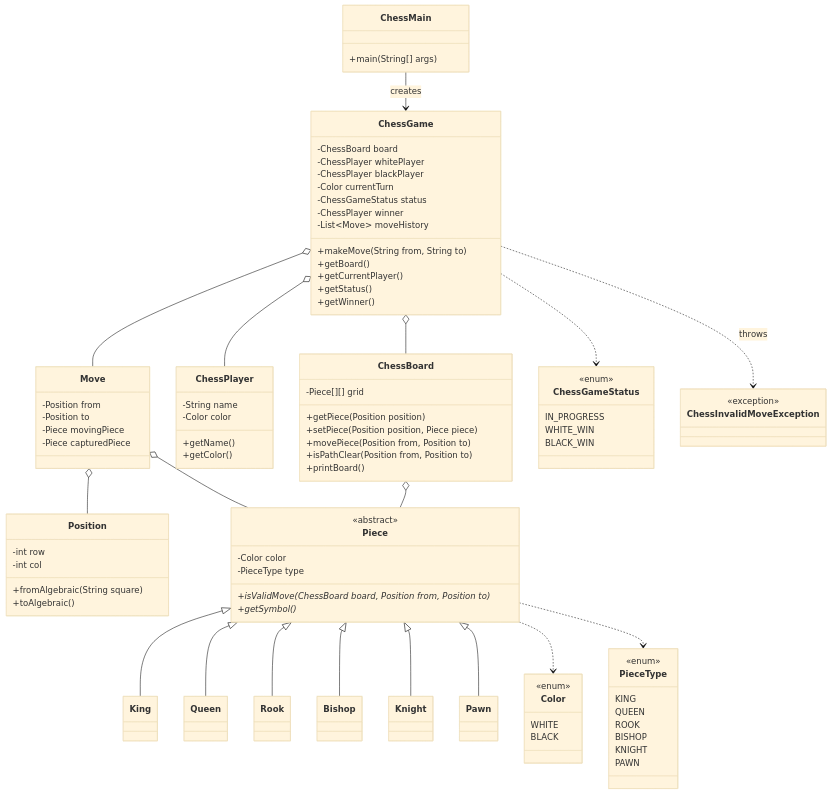
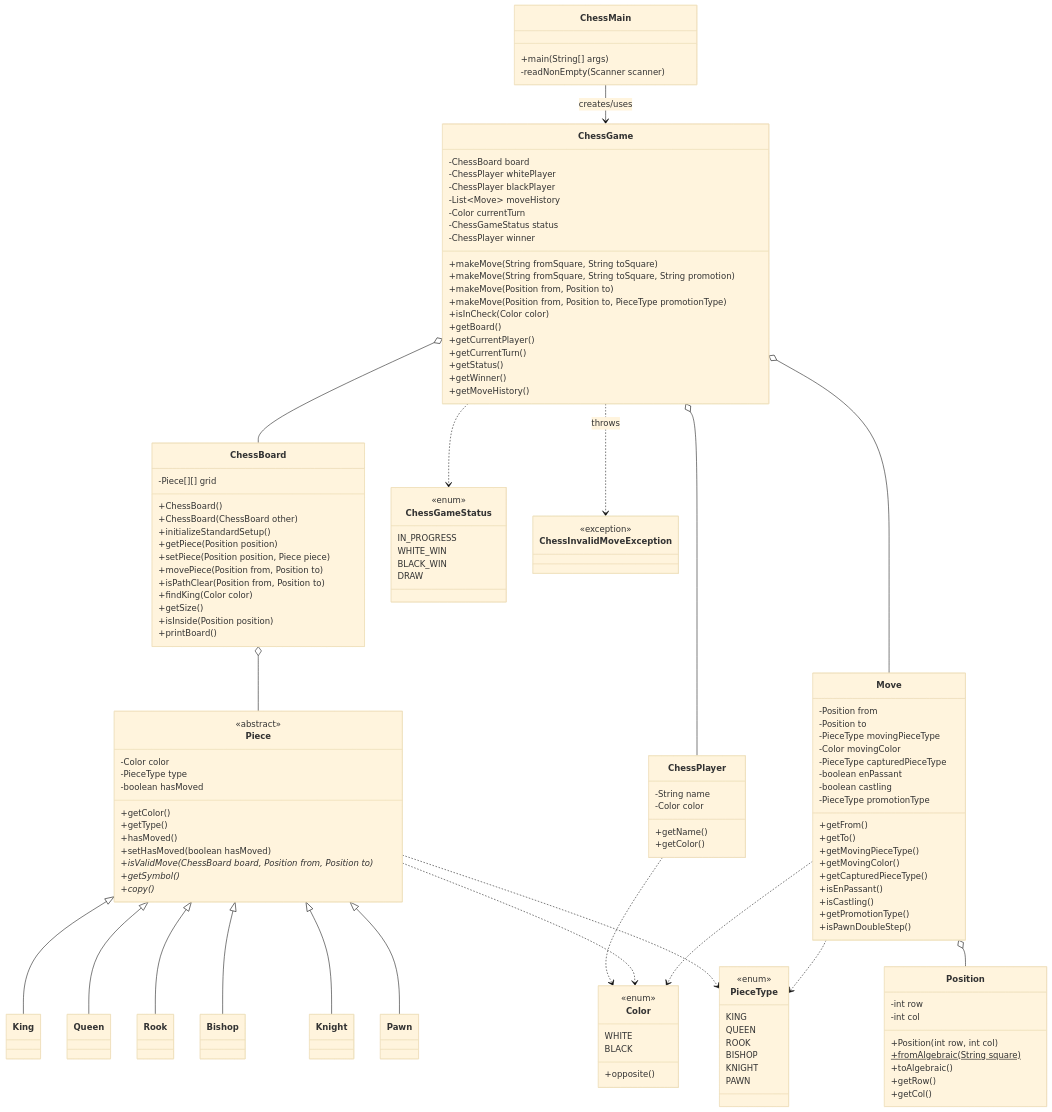
One commit to vikasvk1/Upskill changed the second of 2 diagrams in LLD/Practice/chess game/ChessREADME.md. Above: the diagram before and after it, drawn with Mermaid (base theme). The commit also changed other lines of this file and 12 other files, not shown here.

````diff
--- a/LLD/Practice/chess game/ChessREADME.md
+++ b/LLD/Practice/chess game/ChessREADME.md
@@ -23,30 +452,94 @@
 classDiagram
     class ChessMain {
       +main(String[] args)
+      -readNonEmpty(Scanner scanner)
     }
 
     class ChessGame {
       -ChessBoard board
       -ChessPlayer whitePlayer
       -ChessPlayer blackPlayer
+      -List~Move~ moveHistory
       -Color currentTurn
       -ChessGameStatus status
       -ChessPlayer winner
-      -List~Move~ moveHistory
-      +makeMove(String from, String to)
+      +makeMove(String fromSquare, String toSquare)
+      +makeMove(String fromSquare, String toSquare, String promotion)
+      +makeMove(Position from, Position to)
+      +makeMove(Position from, Position to, PieceType promotionType)
+      +isInCheck(Color color)
       +getBoard()
       +getCurrentPlayer()
+      +getCurrentTurn()
       +getStatus()
       +getWinner()
+      +getMoveHistory()
     }
 
     class ChessBoard {
       -Piece[][] grid
+      +ChessBoard()
+      +ChessBoard(ChessBoard other)
+      +initializeStandardSetup()
       +getPiece(Position position)
       +setPiece(Position position, Piece piece)
       +movePiece(Position from, Position to)
       +isPathClear(Position from, Position to)
+      +findKing(Color color)
+      +getSize()
+      +isInside(Position position)
       +printBoard()
+    }
+
+    class Piece {
+      <<abstract>>
+      -Color color
+      -PieceType type
+      -boolean hasMoved
+      +getColor()
+      +getType()
+      +hasMoved()
+      +setHasMoved(boolean hasMoved)
+      +isValidMove(ChessBoard board, Position from, Position to)*
+      +getSymbol()*
+      +copy()*
+    }
+
+    class King
+    class Queen
+    class Rook
+    class Bishop
+    class Knight
+    class Pawn
+
+    class Move {
+      -Position from
+      -Position to
+      -PieceType movingPieceType
+      -Color movingColor
+      -PieceType capturedPieceType
+      -boolean enPassant
+      -boolean castling
+      -PieceType promotionType
+      +getFrom()
+      +getTo()
+      +getMovingPieceType()
+      +getMovingColor()
+      +getCapturedPieceType()
+      +isEnPassant()
+      +isCastling()
+      +getPromotionType()
+      +isPawnDoubleStep()
+    }
+
+    class Position {
+      -int row
+      -int col
+      +Position(int row, int col)
+      +fromAlgebraic(String square)$
+      +toAlgebraic()
+      +getRow()
+      +getCol()
     }
 
     class ChessPlayer {
@@ -56,39 +549,11 @@
       +getColor()
     }
 
-    class Move {
-      -Position from
-      -Position to
-      -Piece movingPiece
-      -Piece capturedPiece
-    }
-
-    class Position {
-      -int row
-      -int col
-      +fromAlgebraic(String square)
-      +toAlgebraic()
-    }
-
-    class Piece {
-      <<abstract>>
-      -Color color
-      -PieceType type
-      +isValidMove(ChessBoard board, Position from, Position to)*
-      +getSymbol()*
-    }
-
-    class King
-    class Queen
-    class Rook
-    class Bishop
-    class Knight
-    class Pawn
-
     class Color {
       <<enum>>
       WHITE
       BLACK
+      +opposite()
     }
 
     class PieceType {
@@ -106,19 +571,23 @@
       IN_PROGRESS
       WHITE_WIN
       BLACK_WIN
+      DRAW
     }
 
     class ChessInvalidMoveException {
       <<exception>>
     }
 
-    ChessMain --> ChessGame : creates
+    ChessMain --> ChessGame : creates/uses
     ChessGame o-- ChessBoard
     ChessGame o-- ChessPlayer
     ChessGame o-- Move
+    ChessGame ..> ChessGameStatus
+    ChessGame ..> ChessInvalidMoveException : throws
+    ChessBoard o-- Piece
     Move o-- Position
-    Move o-- Piece
-    ChessBoard o-- Piece
+    Move ..> PieceType
+    Move ..> Color
     Piece <|-- King
     Piece <|-- Queen
     Piece <|-- Rook
@@ -127,6 +596,5 @@
     Piece <|-- Pawn
     Piece ..> Color
     Piece ..> PieceType
-    ChessGame ..> ChessGameStatus
-    ChessGame ..> ChessInvalidMoveException : throws
+    ChessPlayer ..> Color
 ```
````
